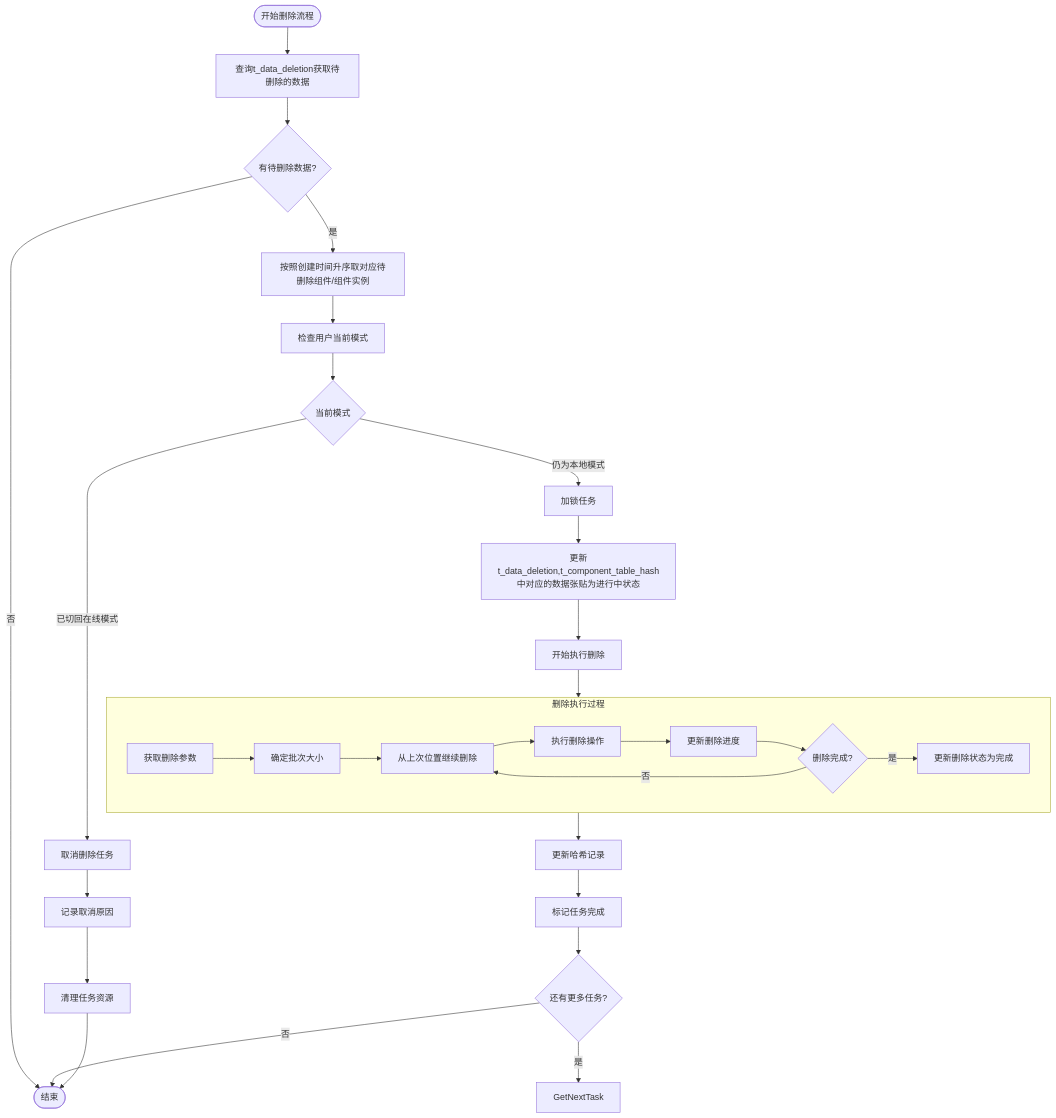
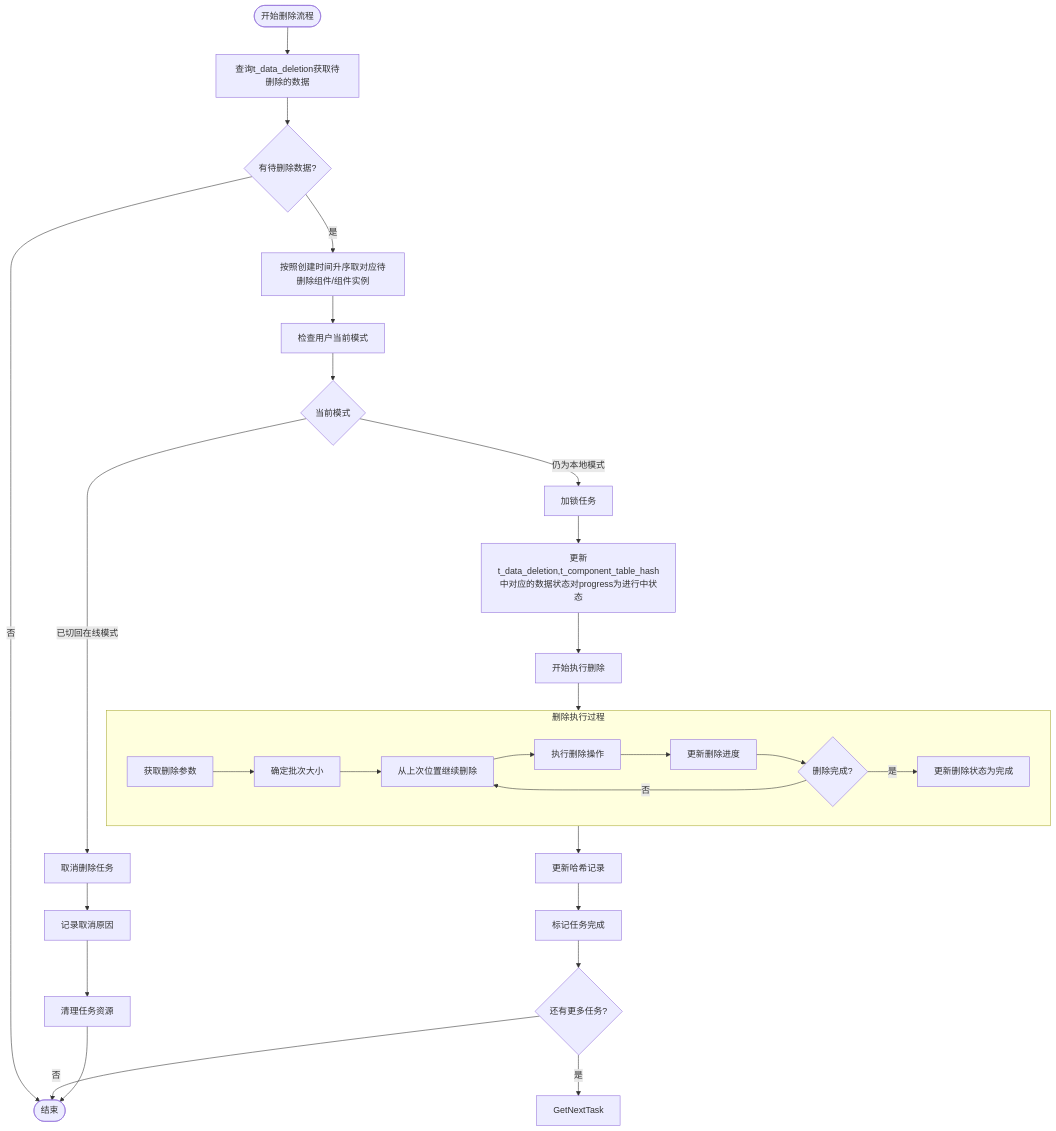
One commit to yingjianzh/iodraw-files changed the diagram in all/未命名-51.md. Above: the diagram before and after it, drawn with Mermaid.

Commit message:
2025-05-08 15:27:26 update

````diff
--- a/all/未命名-51.md
+++ b/all/未命名-51.md
@@ -1,41 +1,41 @@
 ```mermaid
 flowchart TD
     Start([开始删除流程]) --> FetchTasks[查询t_data_deletion获取待删除的数据]
     FetchTasks --> HasTasks{有待删除数据?}
     
     HasTasks -->|否| End([结束])
     HasTasks -->|是| PrioritizeTasks[按照创建时间升序取对应待删除组件/组件实例]
     
     PrioritizeTasks --> CheckUserMode[检查用户当前模式]
     
     CheckUserMode --> CurrentMode{当前模式}
     CurrentMode -->|已切回在线模式| TaskCancel[取消删除任务]
     CurrentMode -->|仍为本地模式| LockTask[加锁任务]
     
-    LockTask --> UpdateStatus[更新t_data_deletion,t_component_table_hash中对应的数据张贴为进行中状态]
+    LockTask --> UpdateStatus[更新t_data_deletion,t_component_table_hash中对应的数据状态对progress为进行中状态]
     UpdateStatus --> BeginDeletion[开始执行删除]
     
     subgraph DeletionProcess [删除执行过程]
         A[获取删除参数] --> B[确定批次大小]
         B --> C[从上次位置继续删除]
         C --> D[执行删除操作]
         D --> E[更新删除进度]
         E --> F{删除完成?}
         F -->|否| C
         F -->|是| G[更新删除状态为完成]
     end
     
     BeginDeletion --> DeletionProcess
     
     DeletionProcess --> UpdateHashRecord[更新哈希记录]
     UpdateHashRecord --> MarkCompleted[标记任务完成]
     
     TaskCancel --> LogCancellation[记录取消原因]
     LogCancellation --> CleanupTask[清理任务资源]
     
     MarkCompleted --> CheckMoreTasks{还有更多任务?}
     CheckMoreTasks -->|是| GetNextTask
     CheckMoreTasks -->|否| End
     
     CleanupTask --> End
 ```
````
